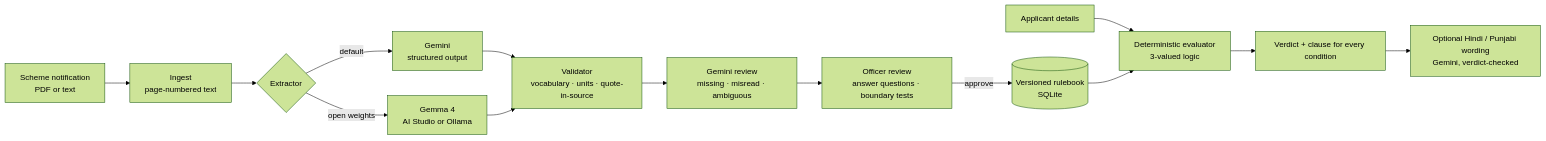
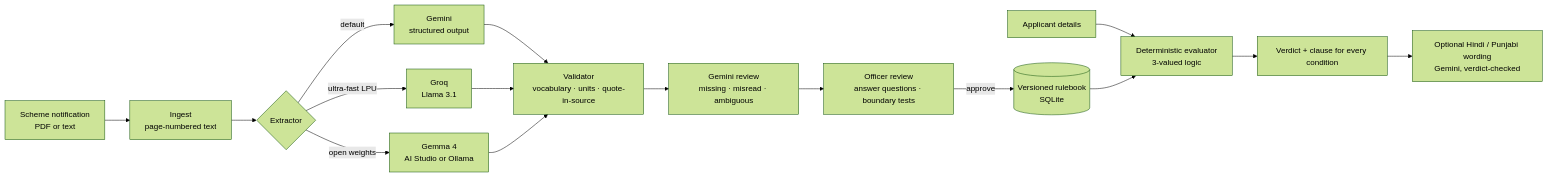
The diagram in README.md (ipshitabhardwaj/Paatrata), drawn with Mermaid (forest theme) before and after one commit. The commit also changed other lines of this file and 12 other files, not shown here.

````diff
--- a/README.md
+++ b/README.md
@@ -84,15 +84,17 @@
 ```mermaid
 flowchart LR
   A[Scheme notification<br/>PDF or text] --> B[Ingest<br/>page-numbered text]
   B --> C{Extractor}
   C -->|default| G[Gemini<br/>structured output]
+  C -->|ultra-fast LPU| Q[Groq<br/>Llama 3.1]
   C -->|open weights| H[Gemma 4<br/>AI Studio or Ollama]
   G --> V[Validator<br/>vocabulary · units · quote-in-source]
+  Q --> V
   H --> V
   V --> RV[Gemini review<br/>missing · misread · ambiguous]
   RV --> F[Officer review<br/>answer questions · boundary tests]
   F -->|approve| R[(Versioned rulebook<br/>SQLite)]
   P[Applicant details] --> E[Deterministic evaluator<br/>3-valued logic]
   R --> E --> O[Verdict + clause for every condition]
   O --> X[Optional Hindi / Punjabi wording<br/>Gemini, verdict-checked]
 ```
````
